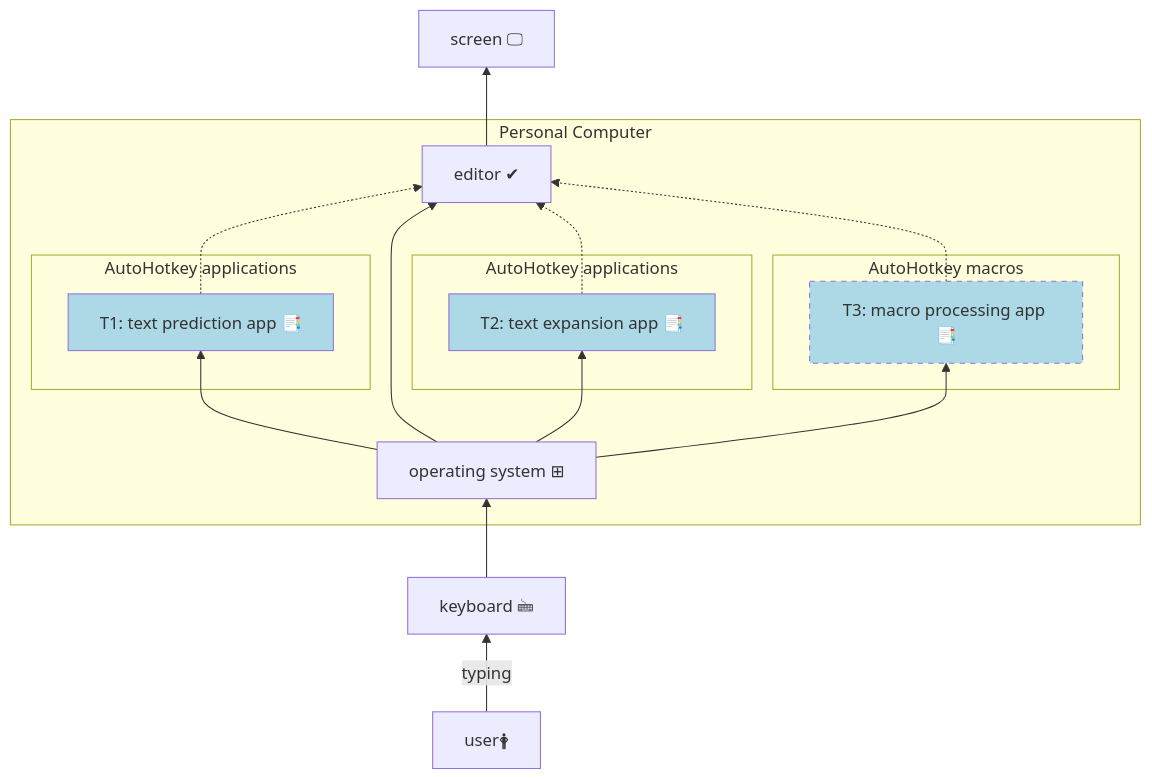
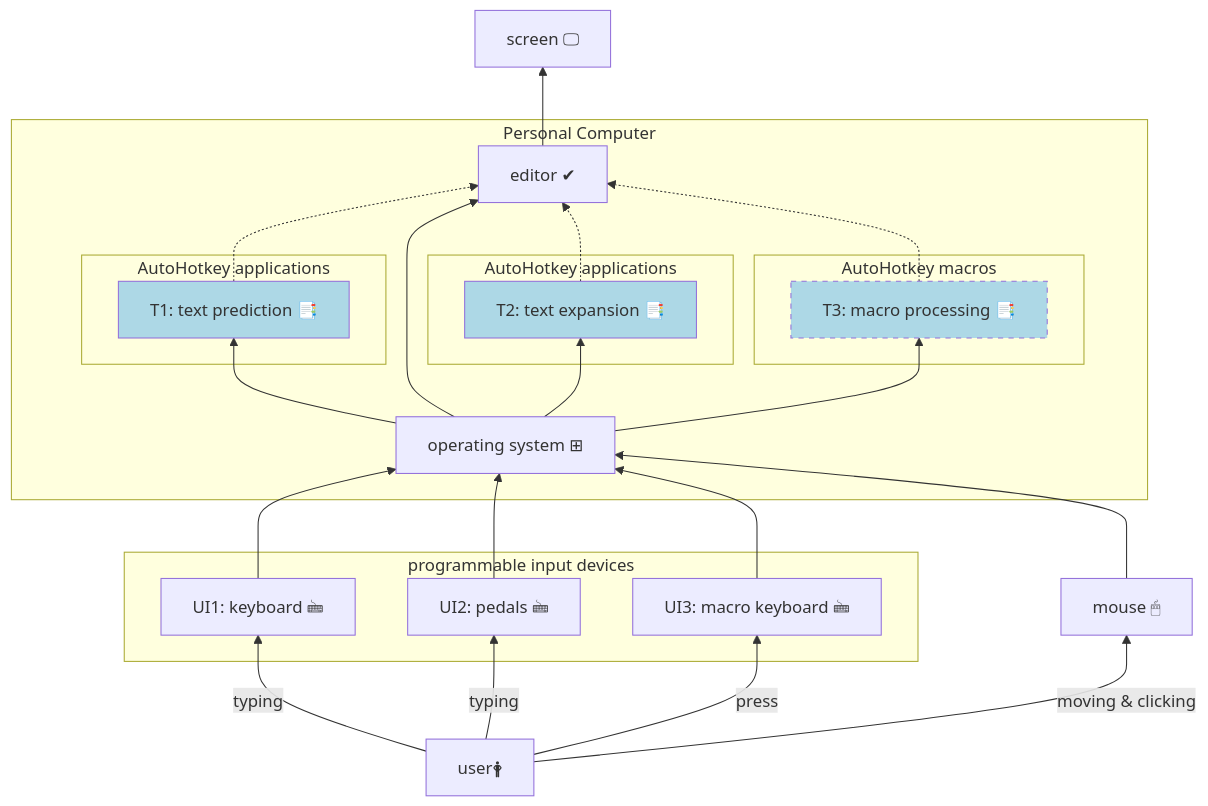
One commit to mslonik/mslonik changed the fourth of 4 diagrams in BlockDiagrams_GitHub.md. Above: the diagram before and after it, drawn with Mermaid. The commit also changed other lines of this file and 1 other file, not shown here.

````diff
--- a/BlockDiagrams_GitHub.md
+++ b/BlockDiagrams_GitHub.md
@@ -126,45 +168,60 @@
 ```mermaid
-%% hybrid approach 2
+%% new approach
 flowchart BT
 	user["user🛉"]
-	keyboard["keyboard 🖮"]
+	keyboard["UI1: keyboard 🖮"]
+	pedals["UI2: pedals 🖮"]
+	MacroKeyboard["UI3: macro keyboard 🖮"]
+	mouse["mouse 🖱"]
 	screen["screen 🖵"] 
 	OperatingSystem["operating system ⊞"]
 	editor["editor ✔"]
-	TextPrediction["T1: text prediction app 📑"]
-	TextExpansion["T2: text expansion app 📑"]
-    MacroProcessing["T3: macro processing app 📑"]
+	TextPrediction["T1: text prediction 📑"]
+	TextExpansion["T2: text expansion 📑"]
+	MacroProcessing["T3: macro processing 📑"]
 
-    user	-->	 |typing| keyboard
+	user	-->	|typing| keyboard
+	user	-->	|typing| pedals
+	user	-->	|press| MacroKeyboard
+	user	-->	|moving & clicking| mouse
     
-    subgraph "Personal Computer"
+	subgraph programmable input devices
+		keyboard
+		pedals
+		MacroKeyboard
+	end
+
+	subgraph "Personal Computer"
+		style TextPrediction 	fill:lightblue
+		style TextExpansion 	fill:lightblue
+		style MacroProcessing   fill:lightblue, stroke-dasharray:5
+
+		subgraph "AutoHotkey applications"
+			TextPrediction
+		end
+
+		subgraph "AutoHotkey applications"
+			TextExpansion
+		end
+
+		subgraph "AutoHotkey macros"
+			MacroProcessing
+		end
+   
+		OperatingSystem	-->	TextPrediction
+		OperatingSystem	-->	TextExpansion
+		OperatingSystem     -->	MacroProcessing
         
-        style TextPrediction 	fill:lightblue
-        style TextExpansion 	fill:lightblue
-        style MacroProcessing   fill:lightblue, stroke-dasharray:5
+		TextPrediction 	-.-> editor
+		OperatingSystem	-->	editor
+		TextExpansion 		-.->	editor
+		MacroProcessing     -.->	editor
+	end
 
-        subgraph "AutoHotkey applications"
-            TextPrediction
-        end
+	keyboard			--> 	OperatingSystem
+	pedals 			--> 	OperatingSystem
+	MacroKeyboard       -->	OperatingSystem
+	mouse			-->	OperatingSystem
 
-        subgraph "AutoHotkey applications"
-            TextExpansion
-        end
-   
-        subgraph "AutoHotkey macros"
-            MacroProcessing
-        end
-
-        OperatingSystem		--> 	TextPrediction
-        OperatingSystem		--> 	TextExpansion
-        OperatingSystem		--> 	MacroProcessing
-        
-        TextPrediction 		-.-> 	editor
-        OperatingSystem		--> 	editor
-        TextExpansion 		-.-> 	editor
-        MacroProcessing     -.-> 	editor
-    end
-
-        keyboard			--> 	OperatingSystem
-        editor	            --> screen
+	editor			-->	screen
 ```
````
